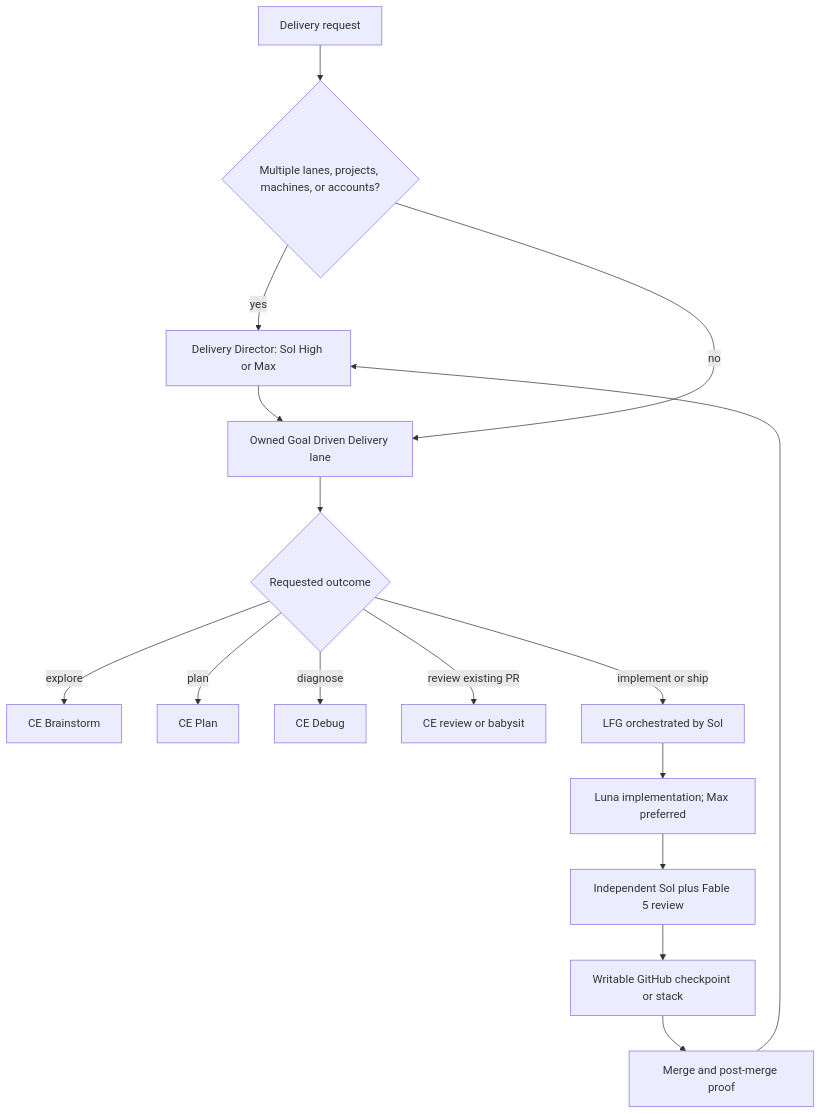
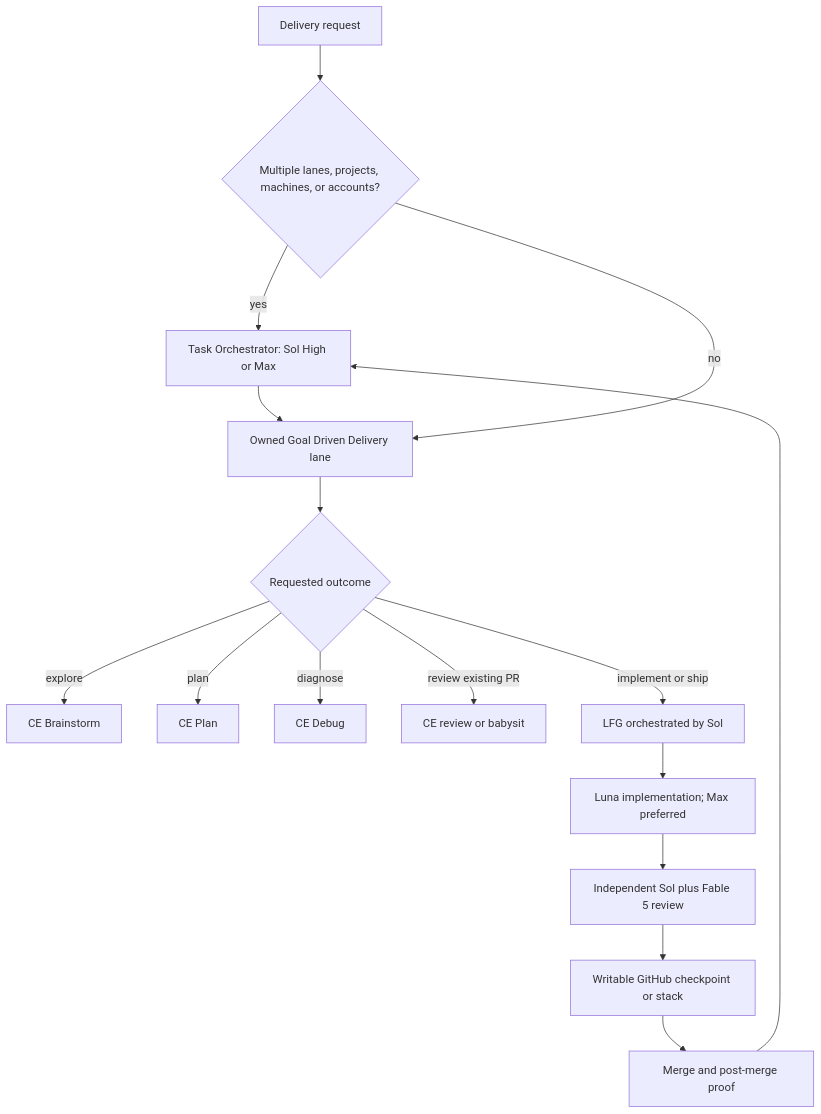
The diagram in docs/plans/2026-08-03-001-feat-delivery-routing-model-policy-plan.md (novotnyllc/agent-utilities), drawn with Mermaid before and after one commit. The commit also changed other lines of this file and 11 other files, not shown here.

Commit message:
feat(workflows): rename task orchestrator

````diff
--- a/docs/plans/2026-08-03-001-feat-delivery-routing-model-policy-plan.md
+++ b/docs/plans/2026-08-03-001-feat-delivery-routing-model-policy-plan.md
@@ -103,18 +103,18 @@
 ```mermaid
 flowchart TB
   Request["Delivery request"] --> Multi{"Multiple lanes, projects, machines, or accounts?"}
-  Multi -->|yes| Director["Delivery Director: Sol High or Max"]
-  Director --> Lane["Owned Goal Driven Delivery lane"]
+  Multi -->|yes| Orchestrator["Task Orchestrator: Sol High or Max"]
+  Orchestrator --> Lane["Owned Goal Driven Delivery lane"]
   Multi -->|no| Lane
   Lane --> Intent{"Requested outcome"}
   Intent -->|explore| Brainstorm["CE Brainstorm"]
   Intent -->|plan| Plan["CE Plan"]
   Intent -->|diagnose| Debug["CE Debug"]
   Intent -->|review existing PR| PR["CE review or babysit"]
   Intent -->|implement or ship| LFG["LFG orchestrated by Sol"]
   LFG --> Code["Luna implementation; Max preferred"]
   Code --> Review["Independent Sol plus Fable 5 review"]
   Review --> Checkpoint["Writable GitHub checkpoint or stack"]
   Checkpoint --> Merge["Merge and post-merge proof"]
-  Merge --> Director
+  Merge --> Orchestrator
 ```
````
